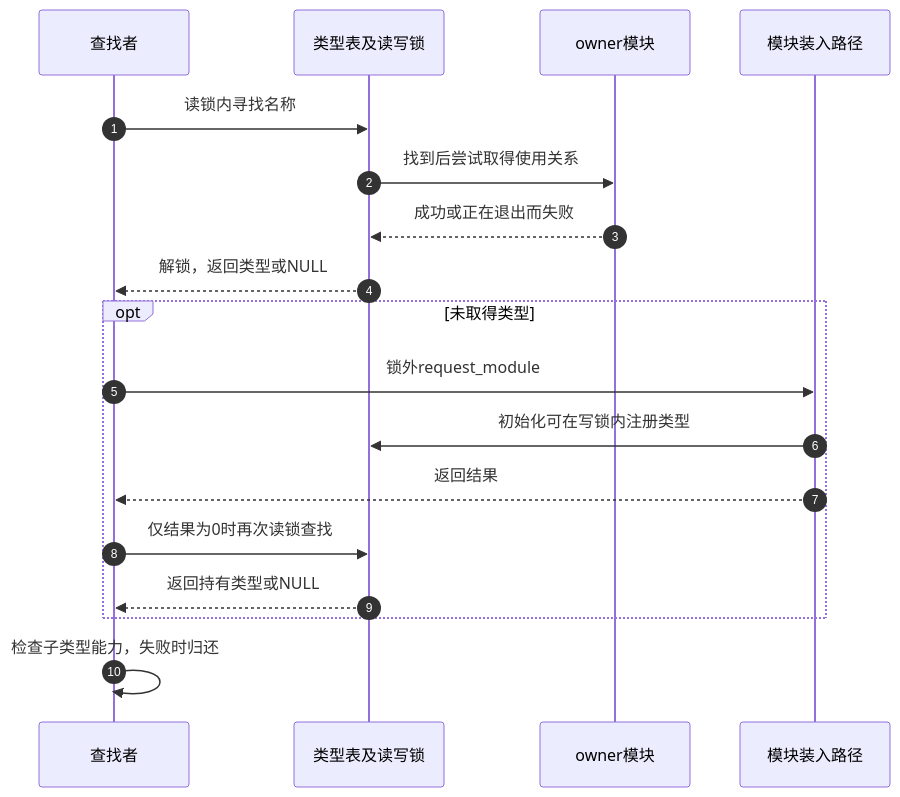
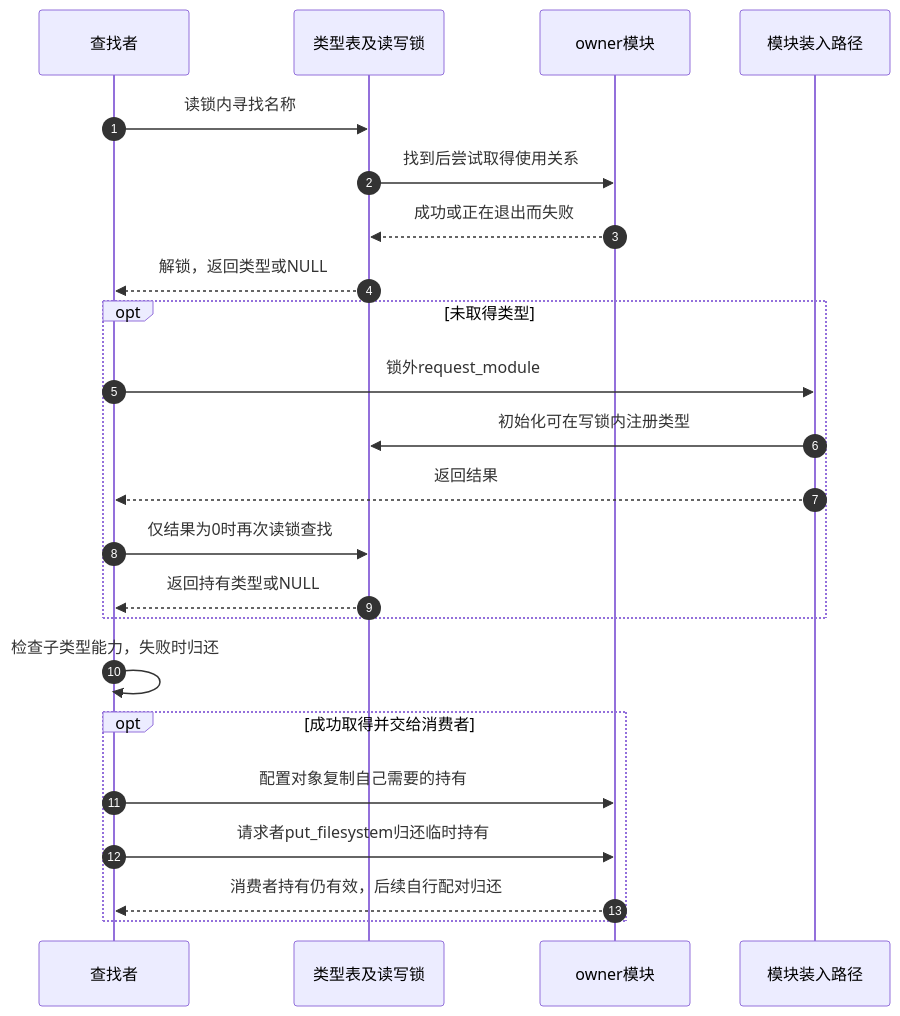
The second of 2 diagrams in research/source_reading/vfs/source_explanations/P03_文件系统类型表的发布与持有.md (FormingSystem/linux_note), drawn with Mermaid before and after one commit. The commit also changed other lines of this file and 6 other files, not shown here.

````diff
--- a/research/source_reading/vfs/source_explanations/P03_文件系统类型表的发布与持有.md
+++ b/research/source_reading/vfs/source_explanations/P03_文件系统类型表的发布与持有.md
@@ -175,20 +191,25 @@
 ```mermaid
 sequenceDiagram
     autonumber
     participant Q as 查找者
     participant L as 类型表及读写锁
     participant O as owner模块
     participant M as 模块装入路径
     Q->>L: 读锁内寻找名称
     L->>O: 找到后尝试取得使用关系
     O-->>L: 成功或正在退出而失败
     L-->>Q: 解锁，返回类型或NULL
     opt 未取得类型
         Q->>M: 锁外request_module
         M->>L: 初始化可在写锁内注册类型
         M-->>Q: 返回结果
         Q->>L: 仅结果为0时再次读锁查找
         L-->>Q: 返回持有类型或NULL
     end
     Q->>Q: 检查子类型能力，失败时归还
+    opt 成功取得并交给消费者
+        Q->>O: 配置对象复制自己需要的持有
+        Q->>O: 请求者put_filesystem归还临时持有
+        O-->>Q: 消费者持有仍有效，后续自行配对归还
+    end
 ```
````
